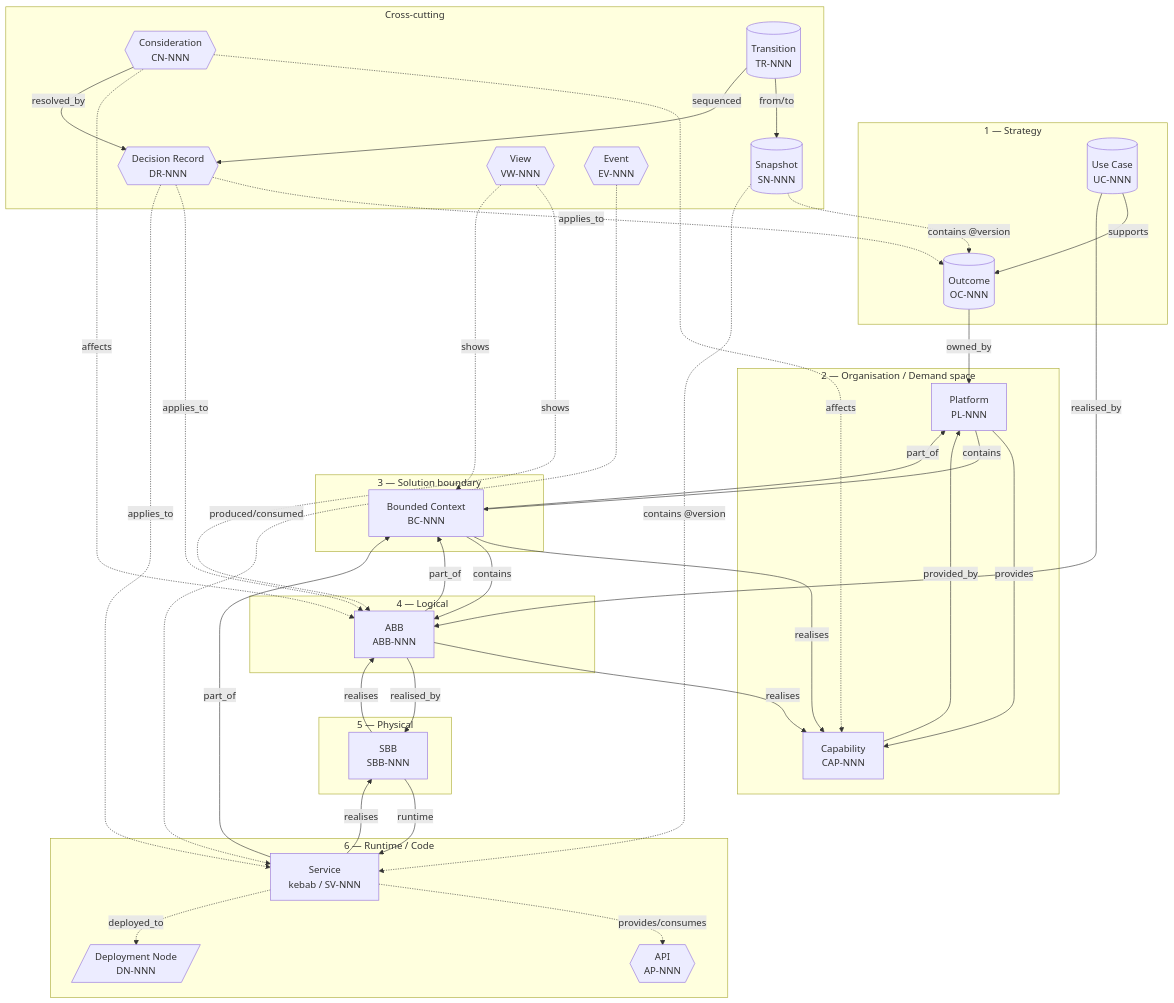
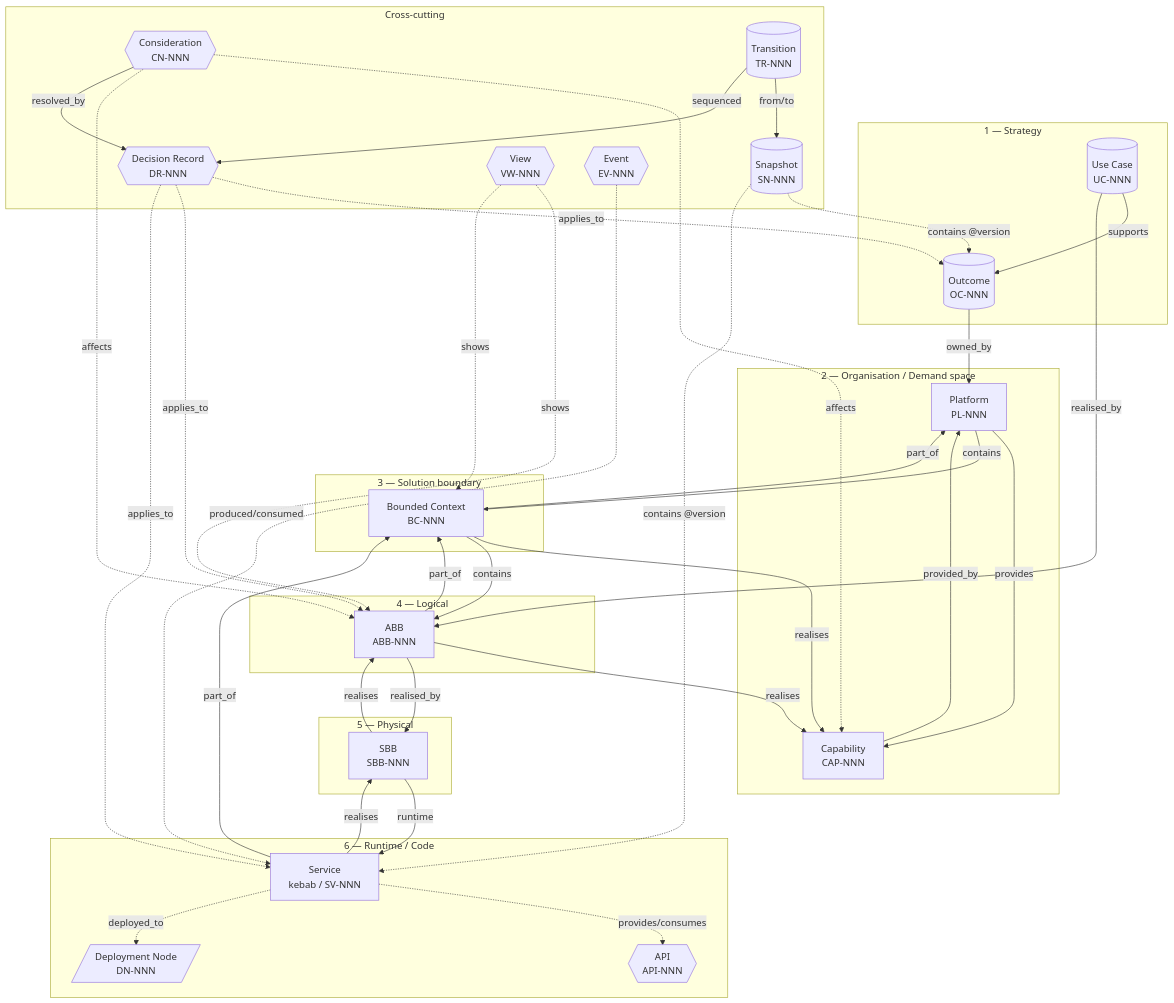
Before and after one commit to dermot-obrien/ai-assisted-architecture: the second of 3 diagrams in standards/standard-frontmatter.md, drawn with Mermaid. The commit also changed other lines of this file and 20 other files, not shown here.

````diff
--- a/standards/standard-frontmatter.md
+++ b/standards/standard-frontmatter.md
@@ -768,73 +772,73 @@
 ```mermaid
 flowchart TB
     subgraph STRATEGY ["1 — Strategy"]
         OC[(Outcome<br/>OC-NNN)]
         UC[(Use Case<br/>UC-NNN)]
     end
 
     subgraph ORG ["2 — Organisation / Demand space"]
         PL[Platform<br/>PL-NNN]
         CAP[Capability<br/>CAP-NNN]
     end
 
     subgraph CTX ["3 — Solution boundary"]
         BC[Bounded Context<br/>BC-NNN]
     end
 
     subgraph LOGICAL ["4 — Logical"]
         AB[ABB<br/>ABB-NNN]
     end
 
     subgraph PHYSICAL ["5 — Physical"]
         SB[SBB<br/>SBB-NNN]
     end
 
     subgraph RUNTIME ["6 — Runtime / Code"]
         SV[Service<br/>kebab / SV-NNN]
-        AP{{API<br/>AP-NNN}}
+        AP{{API<br/>API-NNN}}
         DN[/Deployment Node<br/>DN-NNN/]
     end
 
     subgraph CROSSCUT ["Cross-cutting"]
         DR{{Decision Record<br/>DR-NNN}}
         CN{{Consideration<br/>CN-NNN}}
         SN[(Snapshot<br/>SN-NNN)]
         TR[(Transition<br/>TR-NNN)]
         VW{{View<br/>VW-NNN}}
         EV{{Event<br/>EV-NNN}}
     end
 
     UC -- supports --> OC
     OC -- owned_by --> PL
     PL -- provides --> CAP
     PL -- contains --> BC
     BC -- realises --> CAP
     BC -- contains --> AB
     BC -- part_of --> PL
     CAP -- provided_by --> PL
     UC -- realised_by --> AB
     AB -- realises --> CAP
     AB -- part_of --> BC
     AB -- realised_by --> SB
     SB -- realises --> AB
     SB -- runtime --> SV
     SV -- realises --> SB
     SV -- part_of --> BC
 
     SV -. provides/consumes .-> AP
     SV -. deployed_to .-> DN
 
     CN -. affects .-> CAP
     CN -. affects .-> AB
     CN -- resolved_by --> DR
     DR -. applies_to .-> OC
     DR -. applies_to .-> AB
     DR -. applies_to .-> SV
     SN -. contains @version .-> OC
     SN -. contains @version .-> SV
     TR -- from/to --> SN
     TR -- sequenced --> DR
     VW -. shows .-> AB
     VW -. shows .-> BC
     EV -. produced/consumed .-> SV
 ```
````
